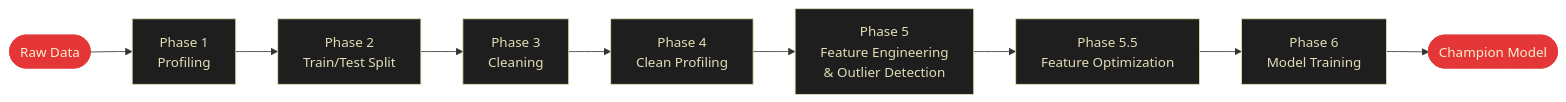
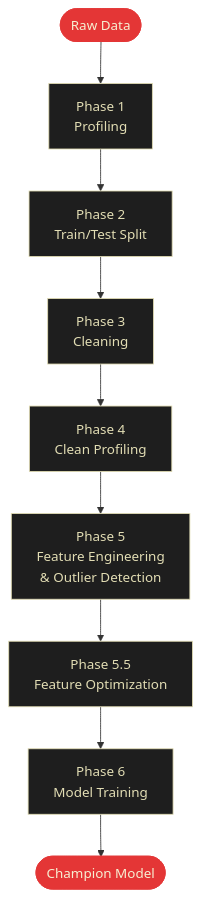
The diagram in docs/guide.md (GhulamMuhammadNabeel/OctoLearn), drawn with Mermaid before and after one commit. The commit also changed 1 other file, not shown here.

````diff
--- a/docs/guide.md
+++ b/docs/guide.md
@@ -65,14 +65,14 @@
 ```mermaid
-flowchart LR
+flowchart TD
     A([Raw Data]):::red --> B[Phase 1\nProfiling]:::dark
     B --> C[Phase 2\nTrain/Test Split]:::dark
     C --> D[Phase 3\nCleaning]:::dark
     D --> E[Phase 4\nClean Profiling]:::dark
     E --> F[Phase 5\nFeature Engineering\n& Outlier Detection]:::dark
     F --> G[Phase 5.5\nFeature Optimization]:::dark
     G --> H[Phase 6\nModel Training]:::dark
     H --> I([Champion Model]):::red
 
     classDef red fill:#E43636,color:#F6EFD2,stroke:#E43636
     classDef dark fill:#1e1e1e,color:#E2DDB4,stroke:#E2DDB4
 ```
````
